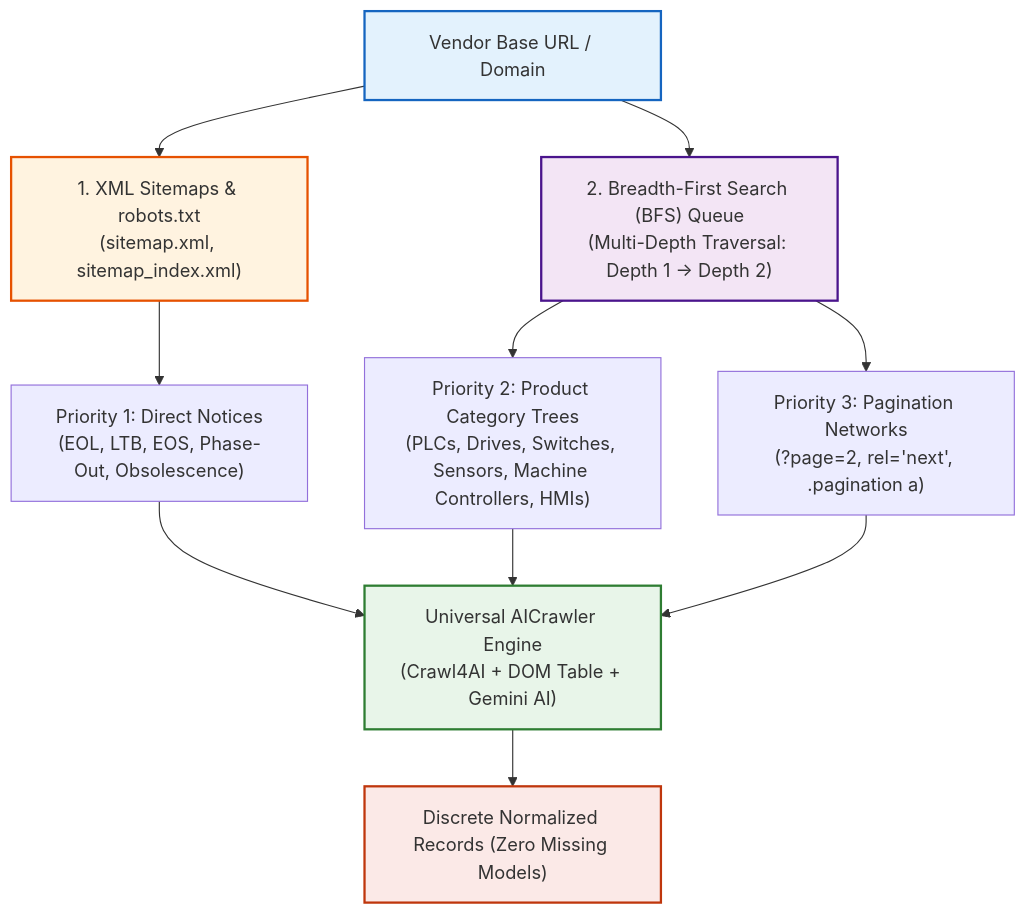
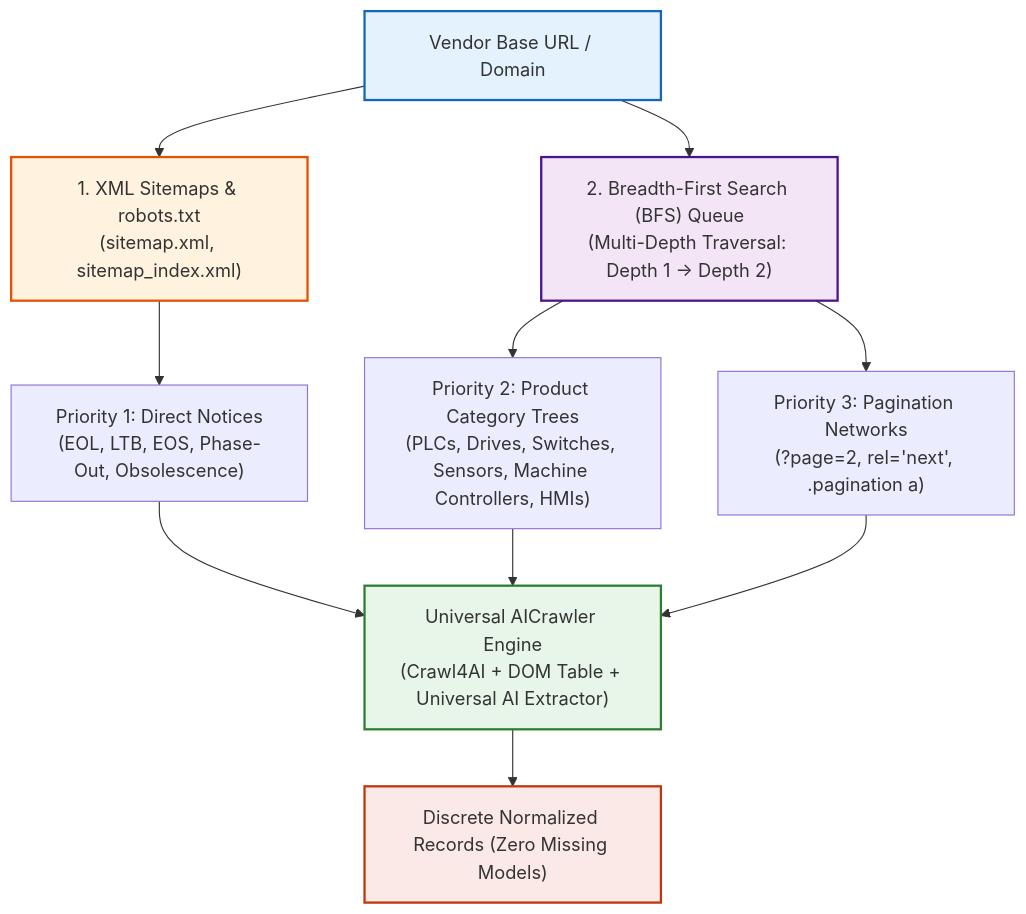
Before and after one commit to CHIRAG3899/universal-product-lifecycle-scraper: the fourth of 4 diagrams in README.md, drawn with Mermaid. The commit also changed other lines of this file and 23 other files, not shown here.

````diff
--- a/README.md
+++ b/README.md
@@ -374,18 +543,20 @@
 ```mermaid
 graph TD
     Root["Vendor Base URL / Domain"] --> Sitemaps["1. XML Sitemaps & robots.txt<br/>(sitemap.xml, sitemap_index.xml)"]
     Root --> BFS["2. Breadth-First Search (BFS) Queue<br/>(Multi-Depth Traversal: Depth 1 → Depth 2)"]
     
     Sitemaps --> P1["Priority 1: Direct Notices<br/>(EOL, LTB, EOS, Phase-Out, Obsolescence)"]
     BFS --> P2["Priority 2: Product Category Trees<br/>(PLCs, Drives, Switches, Sensors, Machine Controllers, HMIs)"]
     BFS --> P3["Priority 3: Pagination Networks<br/>(?page=2, rel='next', .pagination a)"]
 
-    P1 & P2 & P3 --> Engine["Universal AICrawler Engine<br/>(Crawl4AI + DOM Table + Gemini AI)"]
+    P1 --> Engine["Universal AICrawler Engine<br/>(Crawl4AI + DOM Table + Universal AI Extractor)"]
+    P2 --> Engine
+    P3 --> Engine
     Engine --> Output["Discrete Normalized Records (Zero Missing Models)"]
 
     style Root fill:#e3f2fd,stroke:#1565c0,stroke-width:2px;
     style Sitemaps fill:#fff3e0,stroke:#e65100,stroke-width:2px;
     style BFS fill:#f3e5f5,stroke:#4a148c,stroke-width:2px;
     style Engine fill:#e8f5e9,stroke:#2e7d32,stroke-width:2px;
     style Output fill:#fbe9e7,stroke:#bf360c,stroke-width:2px;
 ```
````
